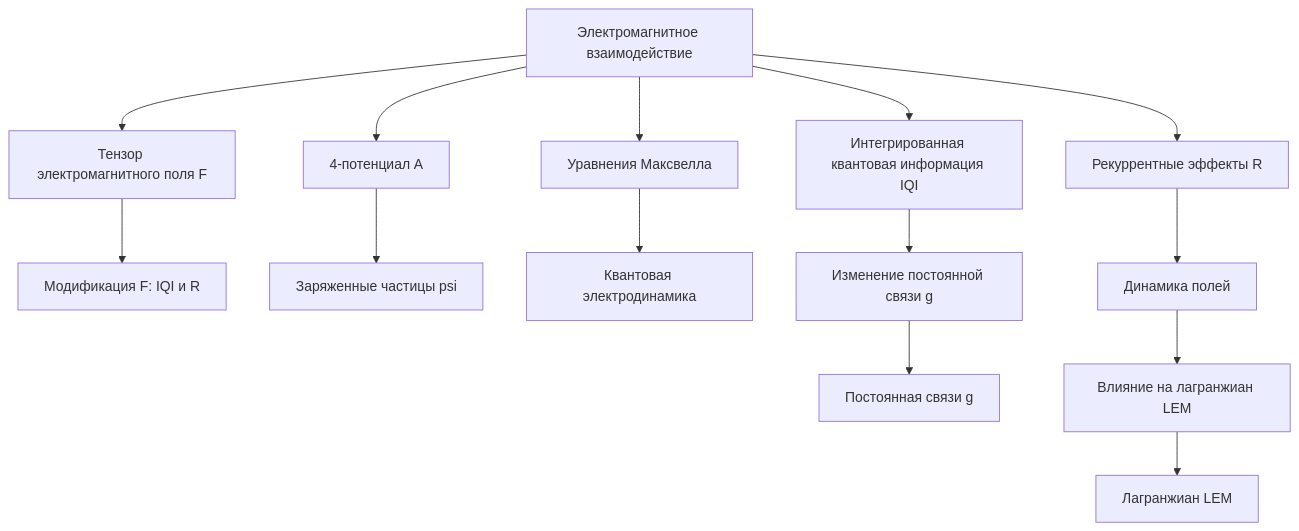
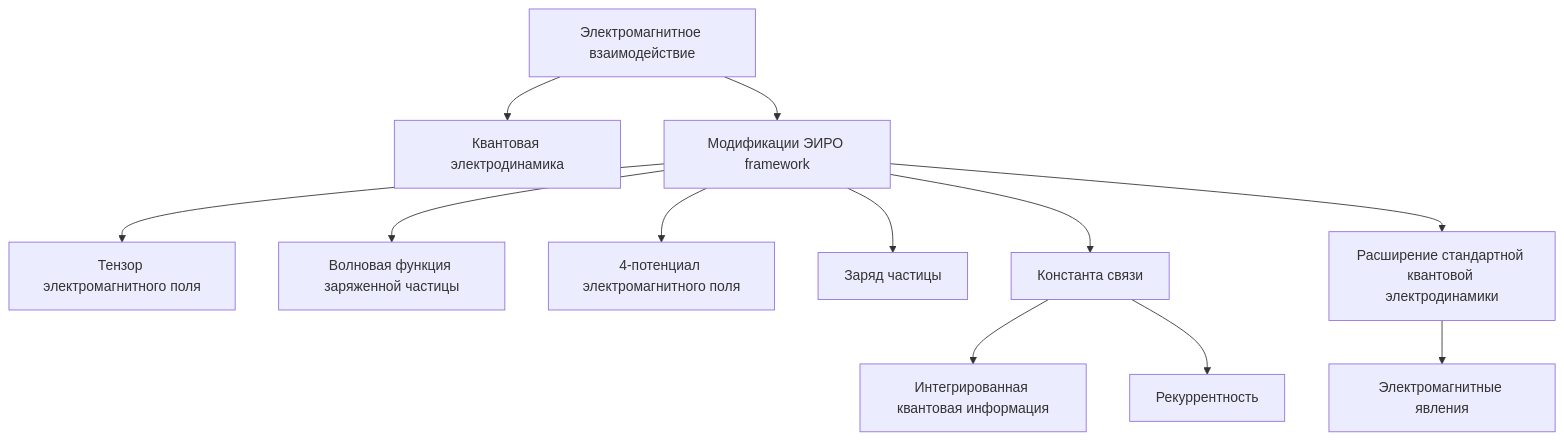
The seventh of 28 diagrams in The-Theory-of-Everything.md (commeta/consciousness), drawn with Mermaid before and after one commit. The commit also changed other lines of this file, not shown here.

````diff
--- a/The-Theory-of-Everything.md
+++ b/The-Theory-of-Everything.md
@@ -189,19 +178,27 @@
 ```mermaid
-graph TB
+graph TD
     A[Электромагнитное взаимодействие]
-    A --> B[Тензор электромагнитного поля F]
-    A --> C[4-потенциал A]
-    A --> D[Уравнения Максвелла]
-    A --> E[Рекуррентные эффекты R]
-    A --> F[Интегрированная квантовая информация IQI]
+    A1[Квантовая электродинамика]
+    A2[Модификации ЭИРО framework]
+    A3[Тензор электромагнитного поля]
+    A4[Волновая функция заряженной частицы]
+    A5[4-потенциал электромагнитного поля]
+    A6[Заряд частицы]
+    A7[Константа связи]
+    A8[Интегрированная квантовая информация]
+    A9[Рекуррентность]
+    A10[Расширение стандартной квантовой электродинамики]
+    A11[Электромагнитные явления]
 
-    B --> G[Модификация F: IQI и R]
-    C --> H[Заряженные частицы psi]
-    D --> I[Квантовая электродинамика]
-    E --> J[Динамика полей]
-    F --> K[Изменение постоянной связи g]
-
-    K --> L[Постоянная связи g]
-    J --> M[Влияние на лагранжиан LEM]
-    M --> N[Лагранжиан LEM]
+    A --> A1
+    A --> A2
+    A2 --> A3
+    A2 --> A4
+    A2 --> A5
+    A2 --> A6
+    A2 --> A7
+    A7 --> A8
+    A7 --> A9
+    A2 --> A10
+    A10 --> A11
 ```
````
